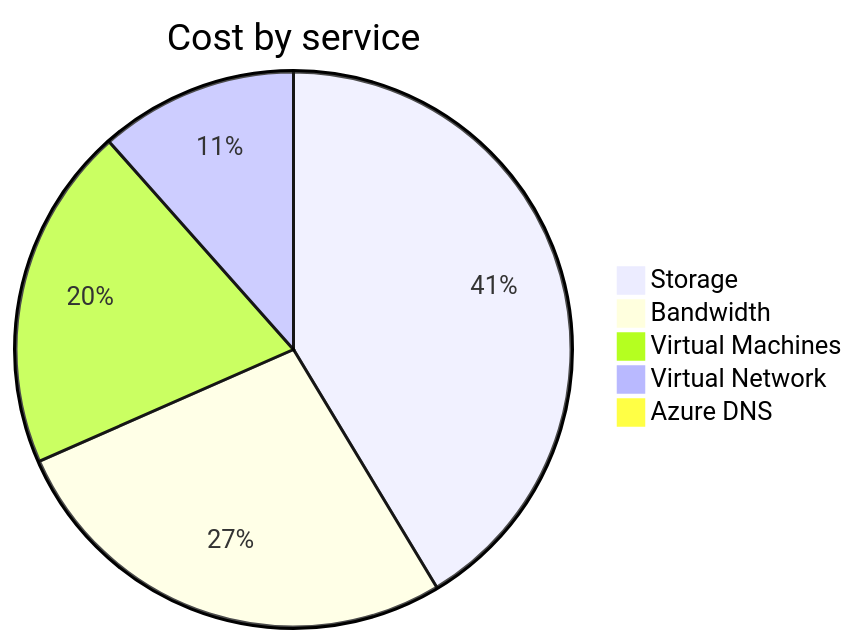
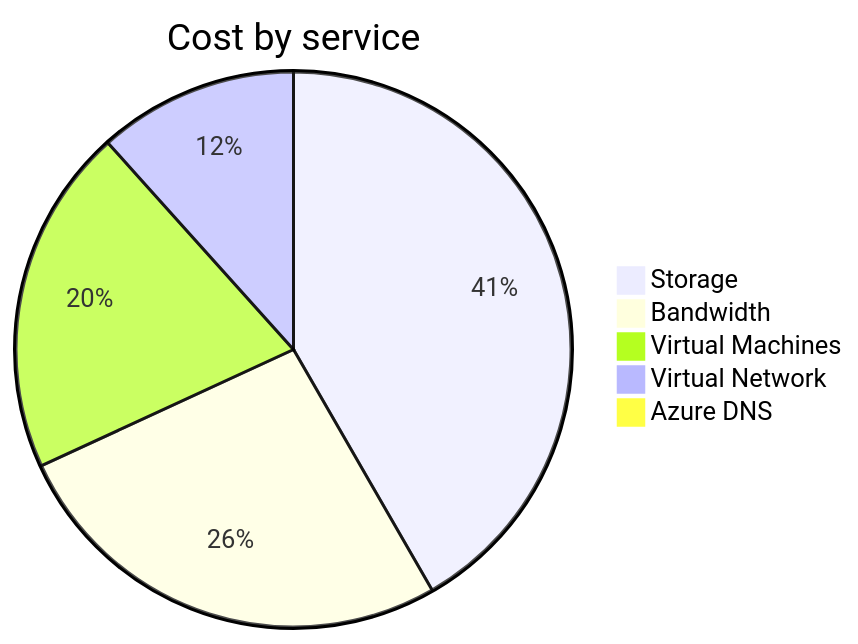
Before and after one commit to jpfulton/azure-personal-reports: the second of 4 diagrams in cost-reports/personal-network/README.md, drawn with Mermaid. The commit also changed other lines of this file and 8 other files, not shown here.

````diff
--- a/cost-reports/personal-network/README.md
+++ b/cost-reports/personal-network/README.md
@@ -99,9 +99,9 @@
 ```mermaid
 pie
    title Cost by service
-   "Storage" : 24.04
-   "Bandwidth" : 15.71
-   "Virtual Machines" : 11.65
-   "Virtual Network" : 6.71
-   "Azure DNS" : 0.45
+   "Storage" : 24.87
+   "Bandwidth" : 15.78
+   "Virtual Machines" : 12.07
+   "Virtual Network" : 6.95
+   "Azure DNS" : 0.47
 ```
````
